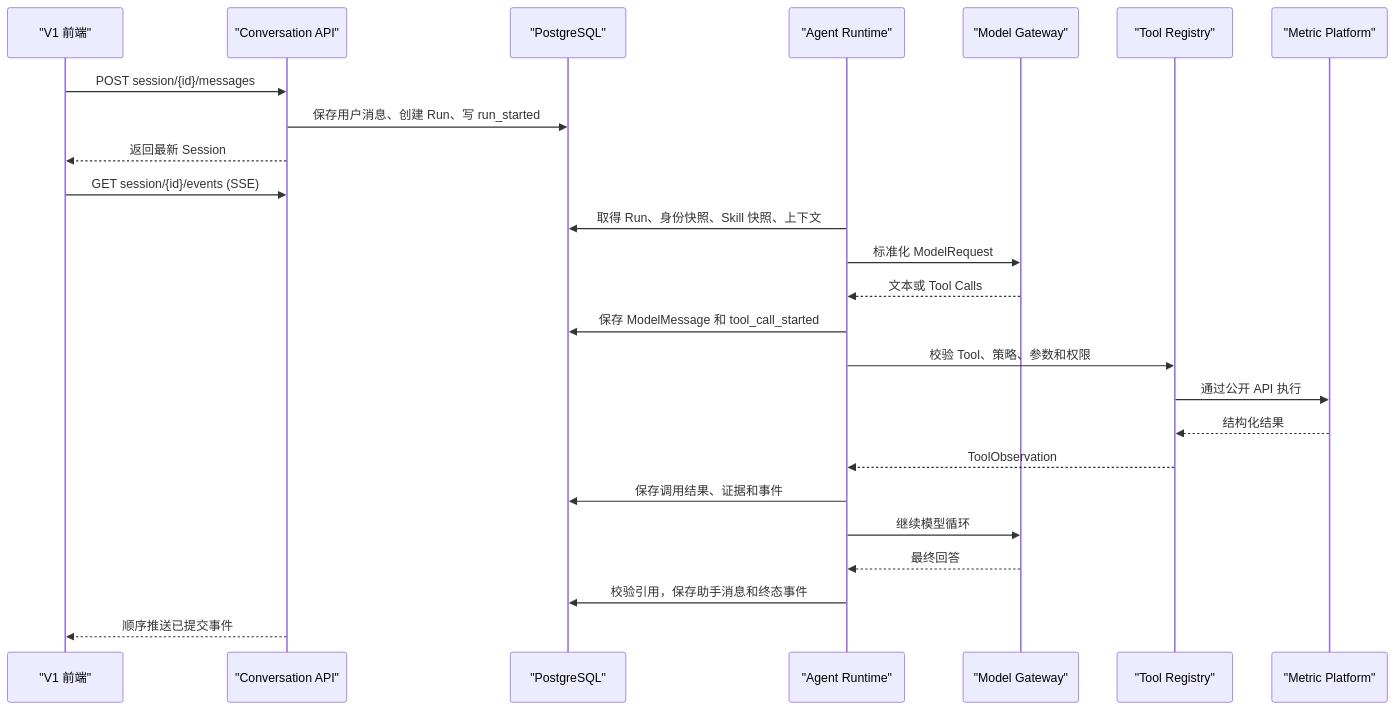
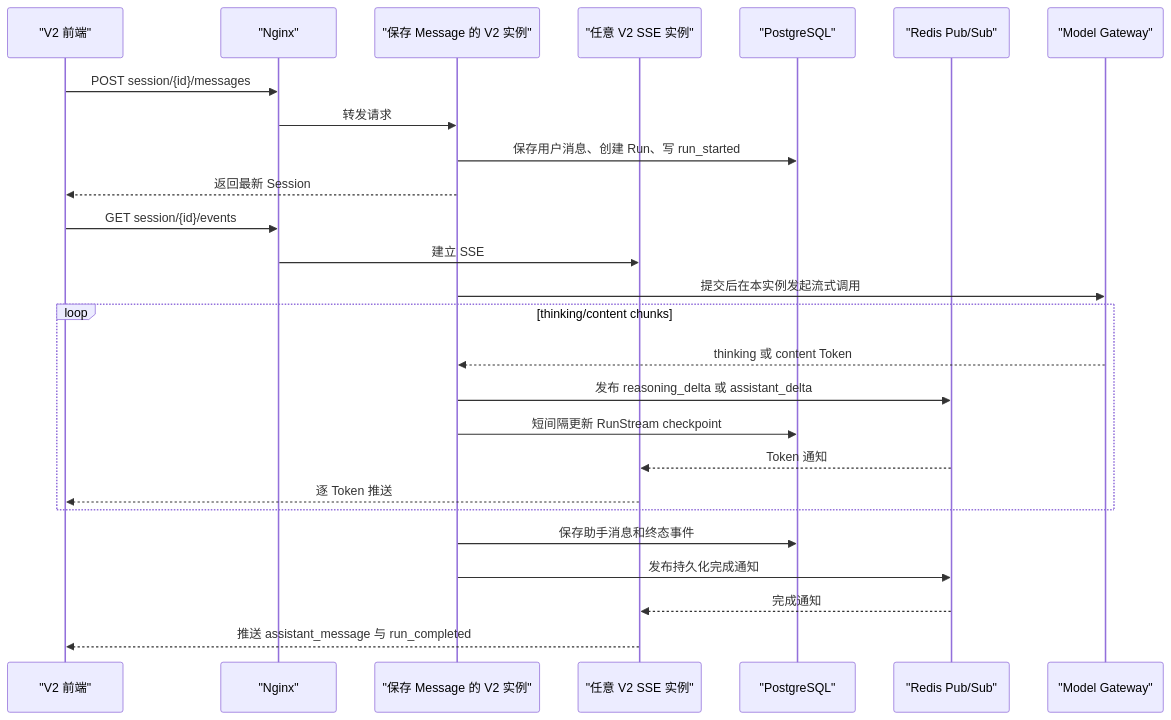
The diagram in docs/codex/agent-v2-backend-rebuild-plan.md (823338779/agent-root), drawn with Mermaid before and after one commit. The commit also changed other lines of this file, not shown here.

Commit message:
docs: design data agent v2 phases zero and one

````diff
--- a/docs/codex/agent-v2-backend-rebuild-plan.md
+++ b/docs/codex/agent-v2-backend-rebuild-plan.md
@@ -226,28 +243,29 @@
 ```mermaid
 sequenceDiagram
-    participant UI as "V1 前端"
-    participant API as "Conversation API"
+    participant UI as "V2 前端"
+    participant NGINX as "Nginx"
+    participant API as "保存 Message 的 V2 实例"
+    participant SSE as "任意 V2 SSE 实例"
     participant DB as "PostgreSQL"
-    participant RUN as "Agent Runtime"
+    participant REDIS as "Redis Pub/Sub"
     participant LLM as "Model Gateway"
-    participant TOOL as "Tool Registry"
-    participant MP as "Metric Platform"
 
-    UI->>API: POST session/{id}/messages
+    UI->>NGINX: POST session/{id}/messages
+    NGINX->>API: 转发请求
     API->>DB: 保存用户消息、创建 Run、写 run_started
     API-->>UI: 返回最新 Session
-    UI->>API: GET session/{id}/events (SSE)
-    RUN->>DB: 取得 Run、身份快照、Skill 快照、上下文
-    RUN->>LLM: 标准化 ModelRequest
-    LLM-->>RUN: 文本或 Tool Calls
-    RUN->>DB: 保存 ModelMessage 和 tool_call_started
-    RUN->>TOOL: 校验 Tool、策略、参数和权限
-    TOOL->>MP: 通过公开 API 执行
-    MP-->>TOOL: 结构化结果
-    TOOL-->>RUN: ToolObservation
-    RUN->>DB: 保存调用结果、证据和事件
-    RUN->>LLM: 继续模型循环
-    LLM-->>RUN: 最终回答
-    RUN->>DB: 校验引用，保存助手消息和终态事件
-    API-->>UI: 顺序推送已提交事件
+    UI->>NGINX: GET session/{id}/events
+    NGINX->>SSE: 建立 SSE
+    API->>LLM: 提交后在本实例发起流式调用
+    loop thinking/content chunks
+        LLM-->>API: thinking 或 content Token
+        API->>REDIS: 发布 reasoning_delta 或 assistant_delta
+        API->>DB: 短间隔更新 RunStream checkpoint
+        REDIS-->>SSE: Token 通知
+        SSE-->>UI: 逐 Token 推送
+    end
+    API->>DB: 保存助手消息和终态事件
+    API->>REDIS: 发布持久化完成通知
+    REDIS-->>SSE: 完成通知
+    SSE-->>UI: 推送 assistant_message 与 run_completed
 ```
````
